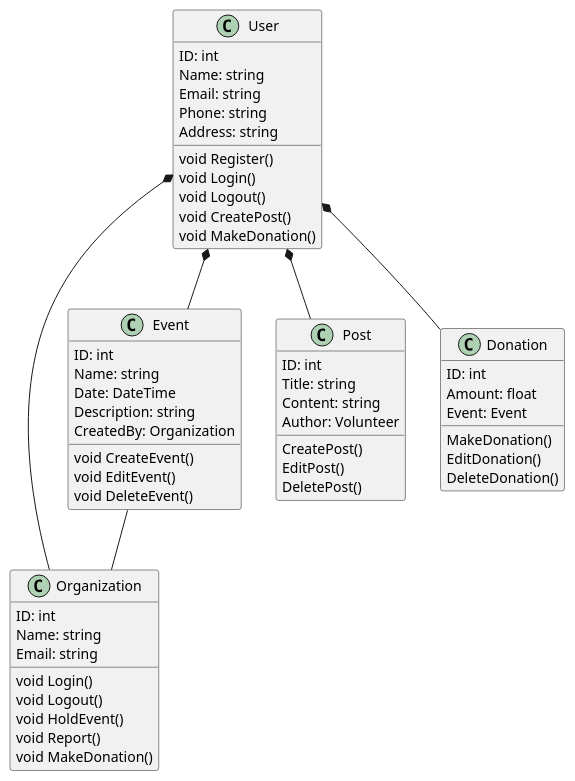
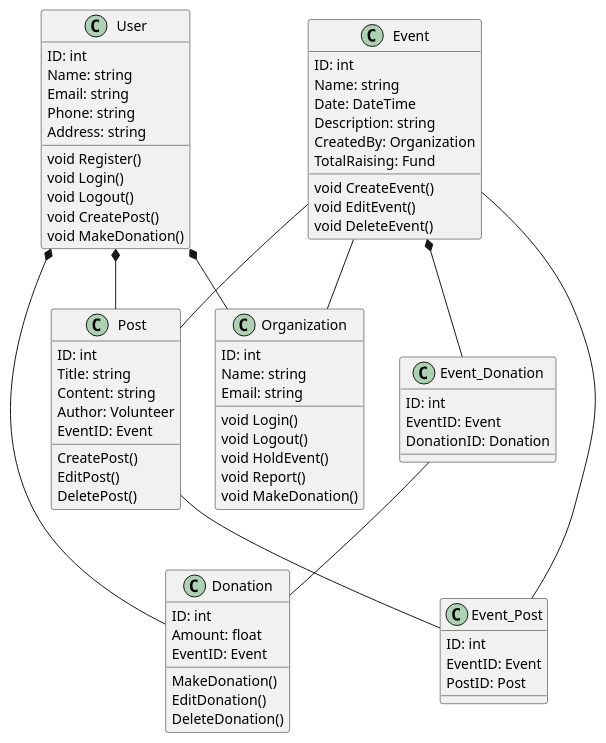
The diagram in Lab1/Lab1.2/ClassDiagram/ClassDiagram.puml (HiimDucManh/SE357-Pratice-class), drawn with PlantUML before and after one commit. The commit also changed 3 other files, not shown here.

```diff
--- a/Lab1/Lab1.2/ClassDiagram/ClassDiagram.puml
+++ b/Lab1/Lab1.2/ClassDiagram/ClassDiagram.puml
@@ -1,60 +1,77 @@
 @startuml ClassDiagram
 class User {
     ID: int
     Name: string
     Email: string
     Phone: string
     Address: string
     void Register()
     void Login()
     void Logout()    
     void CreatePost()
     void MakeDonation()
 }
 class Organization {
     ID: int
     Name: string
     Email: string
     void Login()
     void Logout()
     void HoldEvent()
     void Report() 
     void MakeDonation()
 }
 class Event {
     ID: int
     Name: string
     Date: DateTime
     Description: string
     CreatedBy: Organization
+    TotalRaising: Fund
     void CreateEvent()           
     void EditEvent()             
     void DeleteEvent()
 }
 class Post {
     ID: int          
     Title: string    
     Content: string  
     Author: Volunteer
+    EventID: Event
     CreatePost()      
     EditPost()        
     DeletePost()      
 }
 class Donation {
     ID: int      
     Amount: float
-    Event: Event 
+    EventID: Event 
     MakeDonation()
     EditDonation()
     DeleteDonation()
 }
 
-User *-- Event
+class Event_Donation {
+  ID: int
+  EventID: Event
+  DonationID: Donation
+}
+
+class Event_Post {
+  ID: int
+  EventID: Event
+  PostID: Post
+}
+
+' User *-- Event
 User *-- Organization
 User *-- Donation
 User *-- Post
 Event -- Organization
-
-
+Event *-- Event_Donation
+Event_Donation -- Donation
+Event -- Post
+Event -- Event_Post
+Post -- Event_Post
 
 @enduml
```
